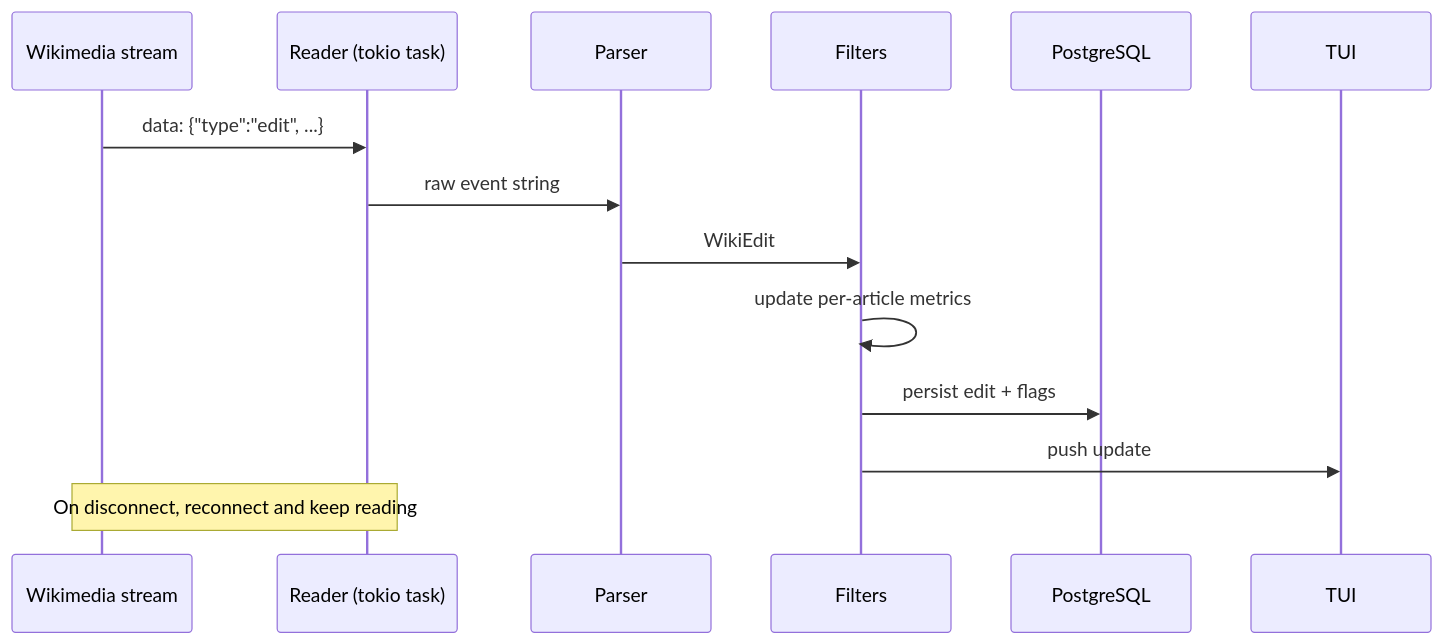
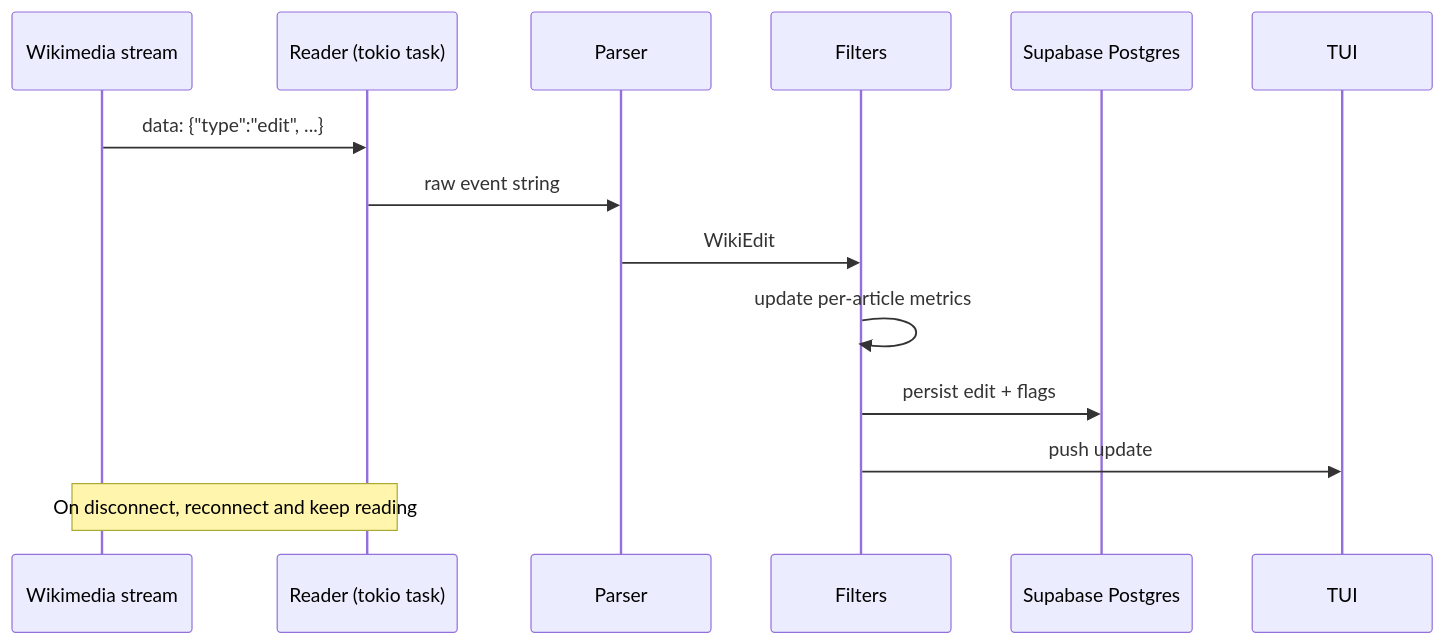
The second of 2 diagrams in README.md (Iamacedigitals/firstpractice), drawn with Mermaid before and after one commit. The commit also changed other lines of this file, not shown here.

First line of the commit message:
Change PostgreSQL to Supabase Postgres in README

````diff
--- a/README.md
+++ b/README.md
@@ -91,17 +114,17 @@
 ```mermaid
 sequenceDiagram
     participant W as Wikimedia stream
     participant R as Reader (tokio task)
     participant P as Parser
     participant F as Filters
-    participant DB as PostgreSQL
+    participant DB as Supabase Postgres
     participant UI as TUI
 
     W->>R: data: {"type":"edit", ...}
     R->>P: raw event string
     P->>F: WikiEdit
     F->>F: update per-article metrics
     F->>DB: persist edit + flags
     F->>UI: push update
     Note over R,W: On disconnect, reconnect and keep reading
 ```
````
